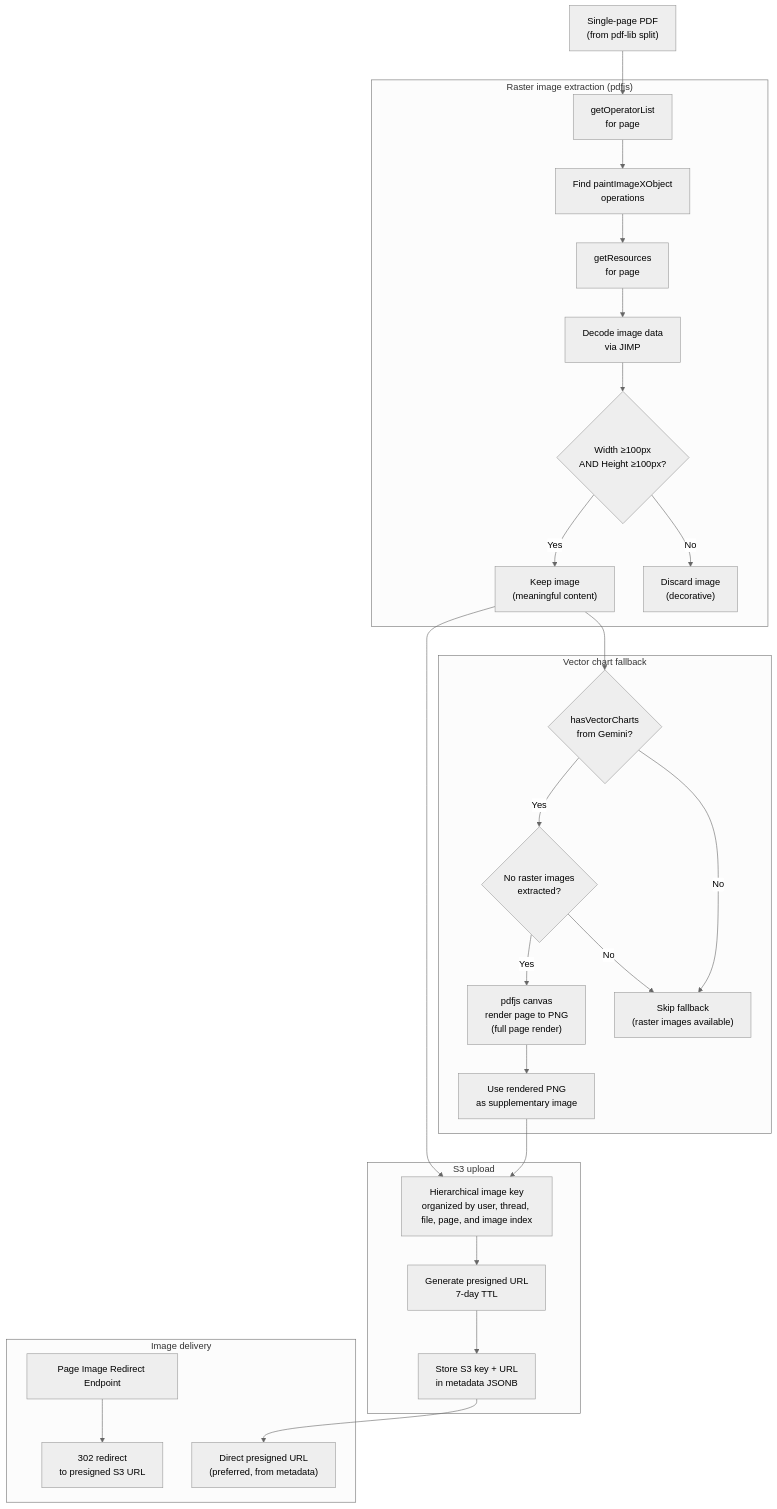
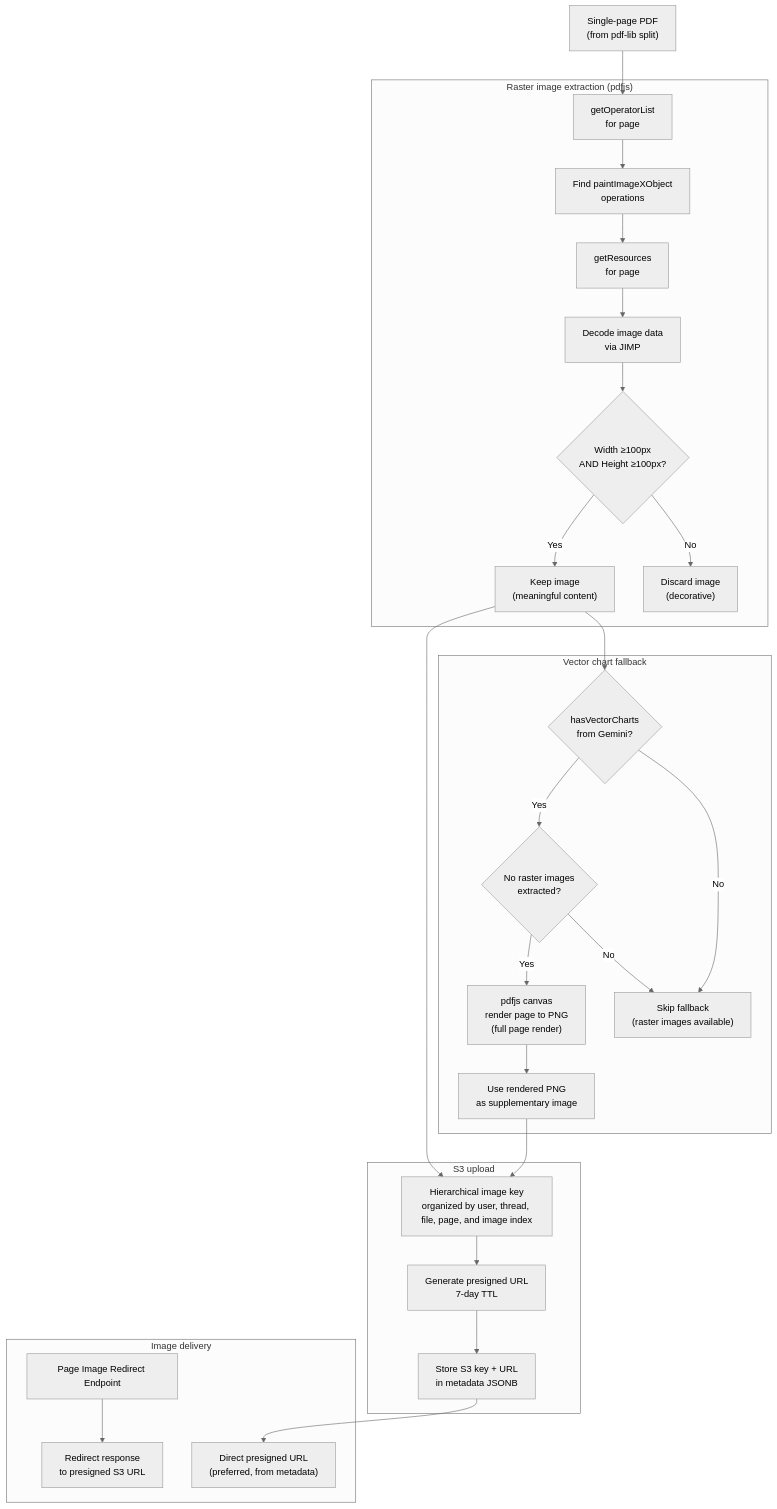
Before and after one commit to 1qh/safeagent: the eighth of 11 diagrams in plan/08-documents.md, drawn with Mermaid (neutral theme). The commit also changed other lines of this file and 18 other files, not shown here.

````diff
--- a/plan/08-documents.md
+++ b/plan/08-documents.md
@@ -466,49 +466,49 @@
 ```mermaid
 flowchart TD
     PAGE_PDF["Single-page PDF\n(from pdf-lib split)"]
 
     subgraph RASTER["Raster image extraction (pdfjs)"]
         GET_OPS["getOperatorList\nfor page"]
         FIND_IMG["Find paintImageXObject\noperations"]
         GET_RES["getResources\nfor page"]
         DECODE["Decode image data\nvia JIMP"]
         SIZE_CHECK{Width ≥100px\nAND Height ≥100px?}
         KEEP["Keep image\n(meaningful content)"]
         DISCARD["Discard image\n(decorative)"]
     end
 
     subgraph VECTOR_FALLBACK["Vector chart fallback"]
         HAS_VECTOR{hasVectorCharts\nfrom Gemini?}
         NO_RASTER{No raster images\nextracted?}
         RENDER_CANVAS["pdfjs canvas\nrender page to PNG\n(full page render)"]
         USE_PNG["Use rendered PNG\nas supplementary image"]
         SKIP["Skip fallback\n(raster images available)"]
     end
 
     subgraph UPLOAD["S3 upload"]
         STORAGE_IMAGE_KEY["Hierarchical image key\norganized by user, thread, file, page, and image index"]
         PRESIGN["Generate presigned URL\n7-day TTL"]
         STORE_META["Store S3 key + URL\nin metadata JSONB"]
     end
 
     subgraph DELIVERY["Image delivery"]
         API_ENDPOINT["Page Image Redirect Endpoint"]
-        REDIRECT["302 redirect\nto presigned S3 URL"]
+        REDIRECT["Redirect response\nto presigned S3 URL"]
         DIRECT_URL["Direct presigned URL\n(preferred, from metadata)"]
     end
 
     PAGE_PDF --> GET_OPS --> FIND_IMG --> GET_RES --> DECODE --> SIZE_CHECK
     SIZE_CHECK -->|"Yes"| KEEP --> STORAGE_IMAGE_KEY
     SIZE_CHECK -->|"No"| DISCARD
 
     KEEP --> HAS_VECTOR
     HAS_VECTOR -->|"Yes"| NO_RASTER
     NO_RASTER -->|"Yes"| RENDER_CANVAS --> USE_PNG --> STORAGE_IMAGE_KEY
     NO_RASTER -->|"No"| SKIP
     HAS_VECTOR -->|"No"| SKIP
 
     STORAGE_IMAGE_KEY --> PRESIGN --> STORE_META
 
     STORE_META --> DIRECT_URL
     API_ENDPOINT --> REDIRECT
 ```
````
